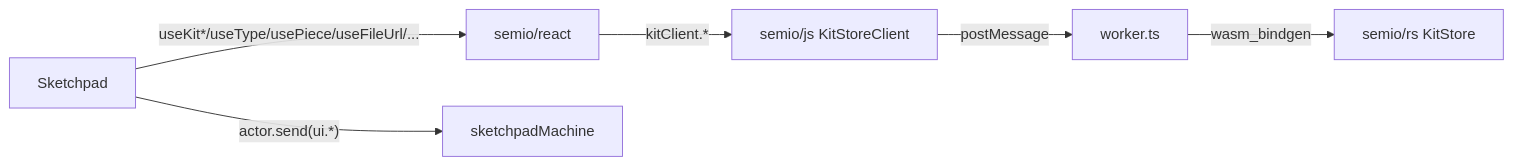
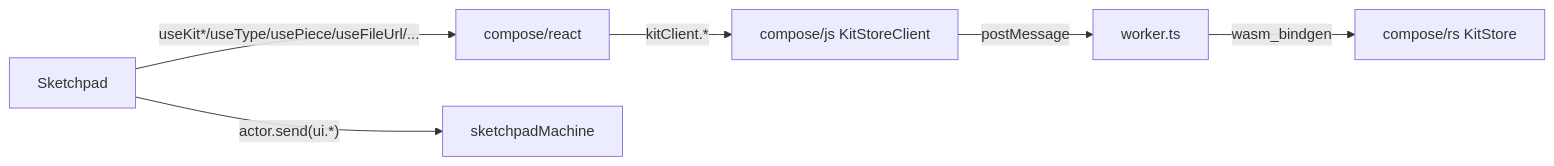
Before and after one commit to usalu/semio: the diagram in .repo/🎫/26/04/25/KIT-DATA-SSOT-HOOK-READ/sketchpad_kit_data_hooks-only_5e48b49b.plan.md, drawn with Mermaid. The commit also changed other lines of this file and 7735 other files, not shown here.

````diff
--- a/.repo/🎫/26/04/25/KIT-DATA-SSOT-HOOK-READ/sketchpad_kit_data_hooks-only_5e48b49b.plan.md
+++ b/.repo/🎫/26/04/25/KIT-DATA-SSOT-HOOK-READ/sketchpad_kit_data_hooks-only_5e48b49b.plan.md
@@ -51,8 +51,8 @@
 ```mermaid
 graph LR
-  Sketchpad -->|"useKit*/useType/usePiece/useFileUrl/..."| ReactPkg[semio/react]
+  Sketchpad -->|"useKit*/useType/usePiece/useFileUrl/..."| ReactPkg[compose/react]
   Sketchpad -->|"actor.send(ui.*)"| Machine[sketchpadMachine]
-  ReactPkg -->|"kitClient.*"| JsPkg[semio/js KitStoreClient]
+  ReactPkg -->|"kitClient.*"| JsPkg[compose/js KitStoreClient]
   JsPkg -->|"postMessage"| Worker[worker.ts]
-  Worker -->|"wasm_bindgen"| Rs[semio/rs KitStore]
+  Worker -->|"wasm_bindgen"| Rs[compose/rs KitStore]
 ```
````
